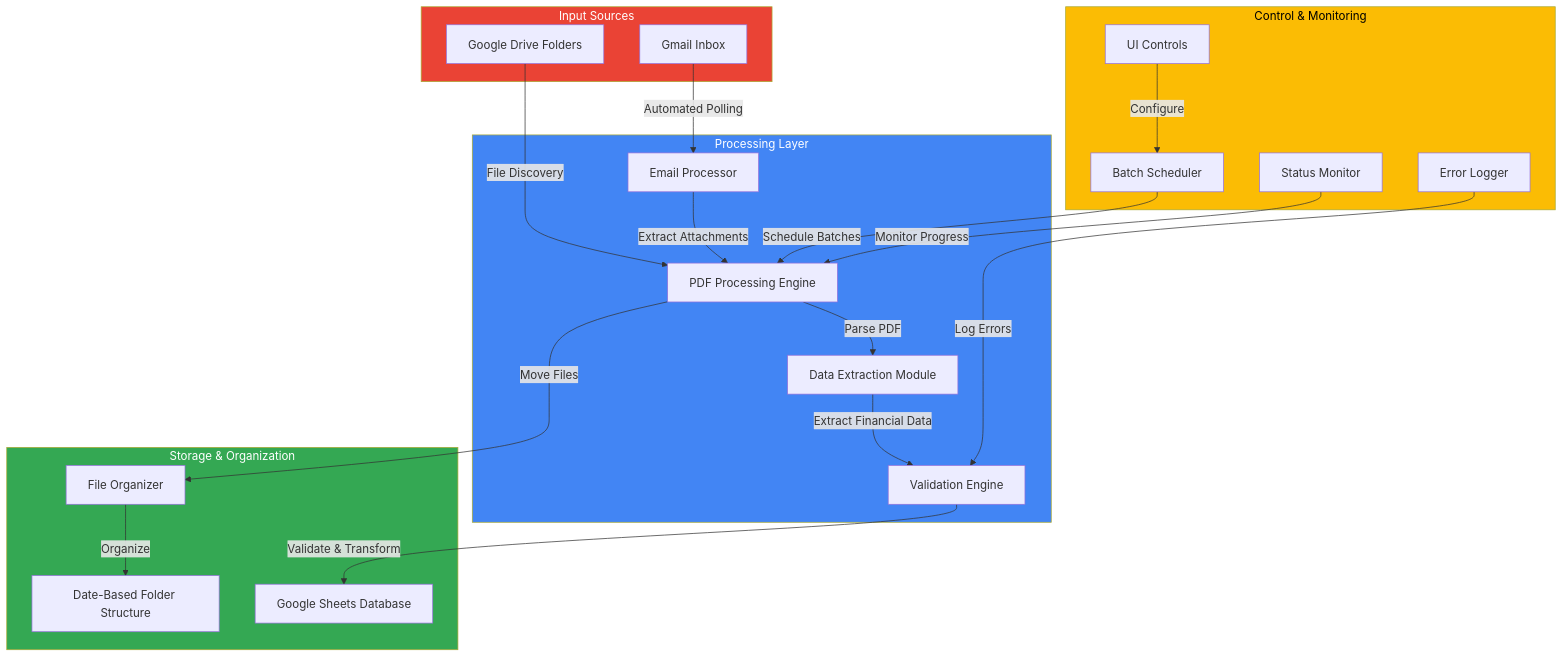
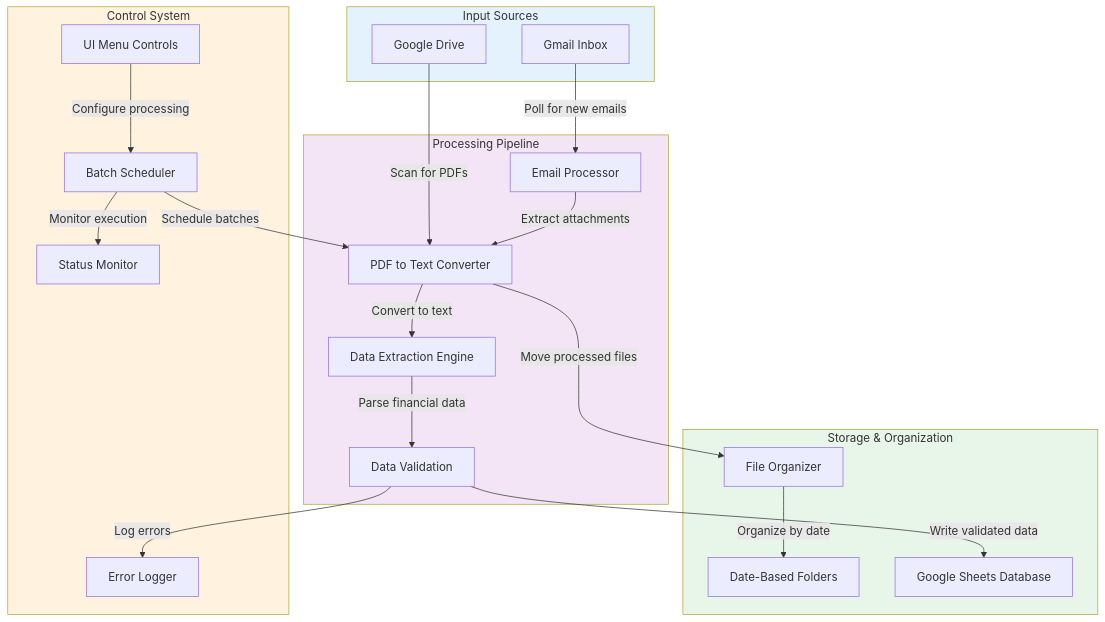
One commit to eugeesp/apps-script-cash-closures changed the diagram in README.md. Above: the diagram before and after it, drawn with Mermaid. The commit also changed other lines of this file, not shown here.

````diff
--- a/README.md
+++ b/README.md
@@ -60,48 +46,48 @@
 ```mermaid
 flowchart TB
-    subgraph Input["Input Sources"]
+    subgraph sources[Input Sources]
         A[Gmail Inbox]
-        B[Google Drive Folders]
+        B[Google Drive]
     end
     
-    subgraph Processing["Processing Layer"]
+    subgraph processing[Processing Pipeline]
         C[Email Processor]
-        D[PDF Processing Engine]
-        E[Data Extraction Module]
-        F[Validation Engine]
+        D[PDF to Text Converter]
+        E[Data Extraction Engine]
+        F[Data Validation]
     end
     
-    subgraph Storage["Storage & Organization"]
+    subgraph storage[Storage & Organization]
         G[File Organizer]
-        H[Date-Based Folder Structure]
+        H[Date-Based Folders]
         I[Google Sheets Database]
     end
     
-    subgraph Control["Control & Monitoring"]
-        J[UI Controls]
+    subgraph control[Control System]
+        J[UI Menu Controls]
         K[Batch Scheduler]
         L[Status Monitor]
         M[Error Logger]
     end
     
-    A -->|Automated Polling| C
-    B -->|File Discovery| D
+    A -->|Poll for new emails| C
+    B -->|Scan for PDFs| D
     
-    C -->|Extract Attachments| D
-    D -->|Parse PDF| E
-    E -->|Extract Financial Data| F
+    C -->|Extract attachments| D
+    D -->|Convert to text| E
+    E -->|Parse financial data| F
     
-    F -->|Validate & Transform| I
-    D -->|Move Files| G
-    G -->|Organize| H
+    F -->|Write validated data| I
+    D -->|Move processed files| G
+    G -->|Organize by date| H
     
-    J -->|Configure| K
-    K -->|Schedule Batches| D
-    L -->|Monitor Progress| D
-    M -->|Log Errors| F
+    J -->|Configure processing| K
+    K -->|Schedule batches| D
+    K -->|Monitor execution| L
+    F -->|Log errors| M
     
-    style Input fill:#ea4335,color:#fff
-    style Processing fill:#4285f4,color:#fff
-    style Storage fill:#34a853,color:#fff
-    style Control fill:#fbbc04,color:#000
+    style sources fill:#e3f2fd
+    style processing fill:#f3e5f5
+    style storage fill:#e8f5e9
+    style control fill:#fff3e0
 ```
````
